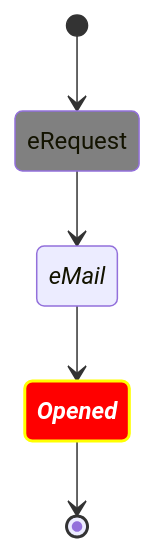
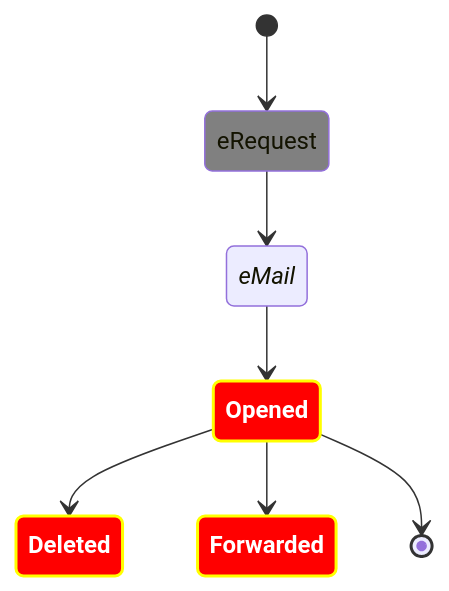
Before and after one commit to Kietpawpan/pdpa: the seventh of 7 diagrams in README.md, drawn with Mermaid.

````diff
--- a/README.md
+++ b/README.md
@@ -141,16 +141,18 @@
 ```mermaid
 stateDiagram
    direction TB
 
    accTitle: e-Tracking Risk
    accDescr: This is an accessible description
 
    classDef notMoving fill:grey
    classDef movement font-style:italic;
    classDef badBadEvent fill:#f00,color:white,font-weight:bold,stroke-width:2px,stroke:yellow
 
    [*] --> eRequest:::notMoving
    eRequest--> eMail:::movement
-   eMail --> Opened:::movement
+   eMail --> Opened:::badBadEvent
+	Opened:::badBadEvent-->Deleted:::badBadEvent
+Opened:::badBadEvent-->Forwarded:::badBadEvent
    Opened:::badBadEvent --> [*]
 ```
````
